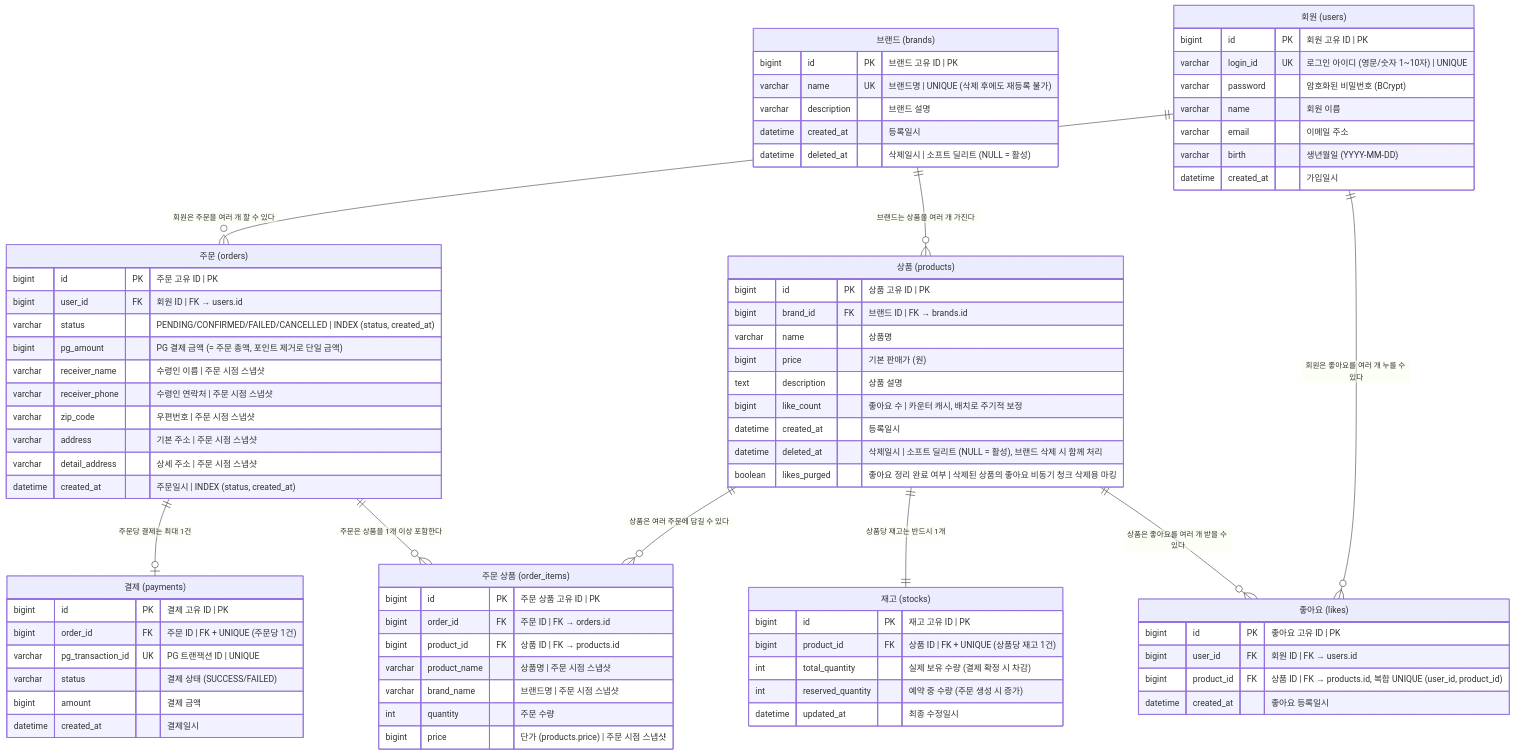
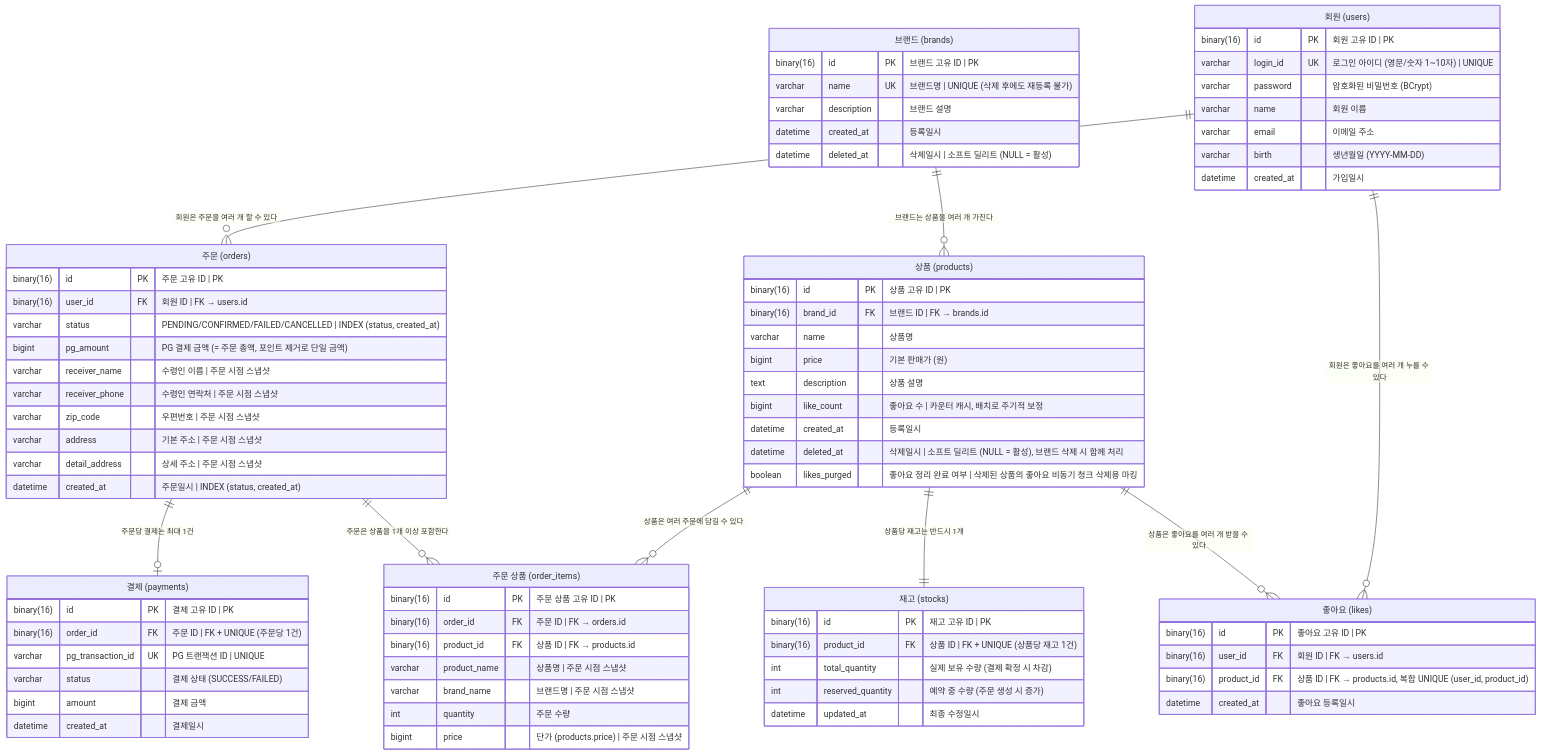
The diagram in .docs/design/04-erd.md (loopers-labs/loop-pack-be-l2-vol4-java), drawn with Mermaid before and after one commit. The commit also changed 25 other files, not shown here.

````diff
--- a/.docs/design/04-erd.md
+++ b/.docs/design/04-erd.md
@@ -26,7 +26,7 @@
 ```mermaid
 erDiagram
     users["회원 (users)"] {
-        bigint id PK "회원 고유 ID | PK"
+        binary(16) id PK "회원 고유 ID | PK"
         varchar login_id UK "로그인 아이디 (영문/숫자 1~10자) | UNIQUE"
         varchar password "암호화된 비밀번호 (BCrypt)"
         varchar name "회원 이름"
@@ -36,7 +36,7 @@
     }
 
     brands["브랜드 (brands)"] {
-        bigint id PK "브랜드 고유 ID | PK"
+        binary(16) id PK "브랜드 고유 ID | PK"
         varchar name UK "브랜드명 | UNIQUE (삭제 후에도 재등록 불가)"
         varchar description "브랜드 설명"
         datetime created_at "등록일시"
@@ -44,8 +44,8 @@
     }
 
     products["상품 (products)"] {
-        bigint id PK "상품 고유 ID | PK"
-        bigint brand_id FK "브랜드 ID | FK → brands.id"
+        binary(16) id PK "상품 고유 ID | PK"
+        binary(16) brand_id FK "브랜드 ID | FK → brands.id"
         varchar name "상품명"
         bigint price "기본 판매가 (원)"
         text description "상품 설명"
@@ -56,23 +56,23 @@
     }
 
     stocks["재고 (stocks)"] {
-        bigint id PK "재고 고유 ID | PK"
-        bigint product_id FK "상품 ID | FK + UNIQUE (상품당 재고 1건)"
+        binary(16) id PK "재고 고유 ID | PK"
+        binary(16) product_id FK "상품 ID | FK + UNIQUE (상품당 재고 1건)"
         int total_quantity "실제 보유 수량 (결제 확정 시 차감)"
         int reserved_quantity "예약 중 수량 (주문 생성 시 증가)"
         datetime updated_at "최종 수정일시"
     }
 
     likes["좋아요 (likes)"] {
-        bigint id PK "좋아요 고유 ID | PK"
-        bigint user_id FK "회원 ID | FK → users.id"
-        bigint product_id FK "상품 ID | FK → products.id, 복합 UNIQUE (user_id, product_id)"
+        binary(16) id PK "좋아요 고유 ID | PK"
+        binary(16) user_id FK "회원 ID | FK → users.id"
+        binary(16) product_id FK "상품 ID | FK → products.id, 복합 UNIQUE (user_id, product_id)"
         datetime created_at "좋아요 등록일시"
     }
 
     orders["주문 (orders)"] {
-        bigint id PK "주문 고유 ID | PK"
-        bigint user_id FK "회원 ID | FK → users.id"
+        binary(16) id PK "주문 고유 ID | PK"
+        binary(16) user_id FK "회원 ID | FK → users.id"
         varchar status "PENDING/CONFIRMED/FAILED/CANCELLED | INDEX (status, created_at)"
         bigint pg_amount "PG 결제 금액 (= 주문 총액, 포인트 제거로 단일 금액)"
         varchar receiver_name "수령인 이름 | 주문 시점 스냅샷"
@@ -84,9 +84,9 @@
     }
 
     order_items["주문 상품 (order_items)"] {
-        bigint id PK "주문 상품 고유 ID | PK"
-        bigint order_id FK "주문 ID | FK → orders.id"
-        bigint product_id FK "상품 ID | FK → products.id"
+        binary(16) id PK "주문 상품 고유 ID | PK"
+        binary(16) order_id FK "주문 ID | FK → orders.id"
+        binary(16) product_id FK "상품 ID | FK → products.id"
         varchar product_name "상품명 | 주문 시점 스냅샷"
         varchar brand_name "브랜드명 | 주문 시점 스냅샷"
         int quantity "주문 수량"
@@ -94,8 +94,8 @@
     }
 
     payments["결제 (payments)"] {
-        bigint id PK "결제 고유 ID | PK"
-        bigint order_id FK "주문 ID | FK + UNIQUE (주문당 1건)"
+        binary(16) id PK "결제 고유 ID | PK"
+        binary(16) order_id FK "주문 ID | FK + UNIQUE (주문당 1건)"
         varchar pg_transaction_id UK "PG 트랜잭션 ID | UNIQUE"
         varchar status "결제 상태 (SUCCESS/FAILED)"
         bigint amount "결제 금액"
````
